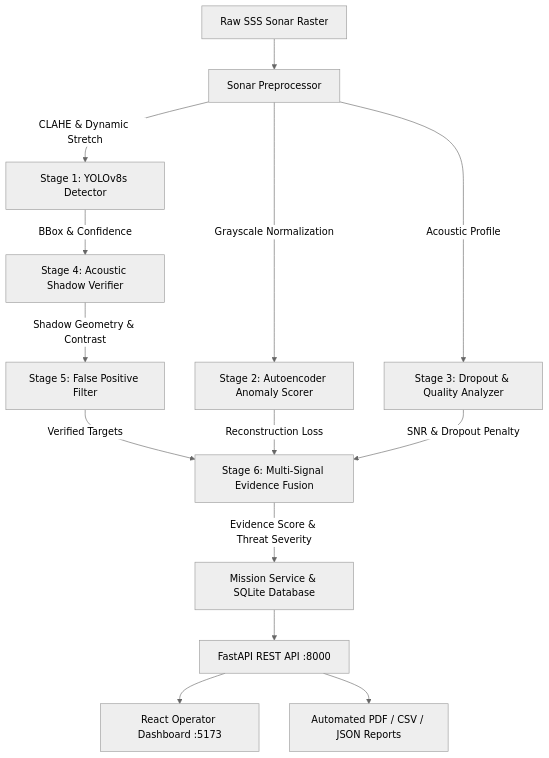
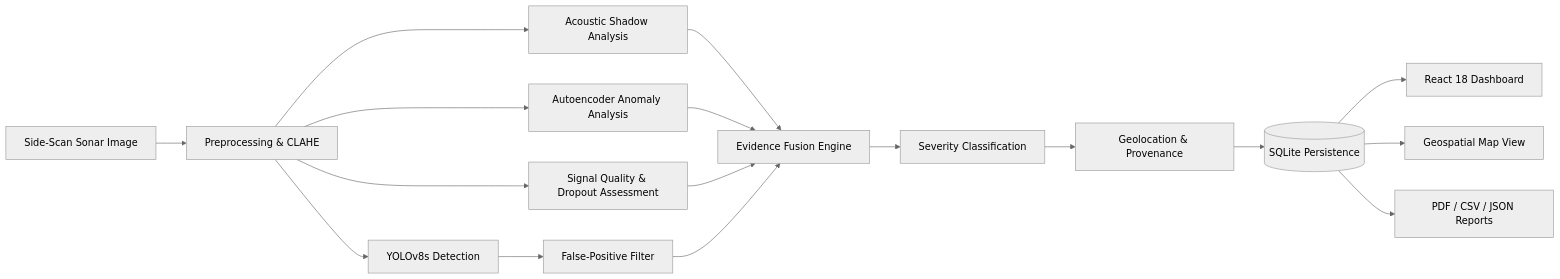
The diagram in README.md (vineeth29/SIH26057-Marine-Anomaly-Intelligence), drawn with Mermaid (neutral theme) before and after one commit. The commit also changed other lines of this file, not shown here.

Commit message:
docs: finalize authoritative professional GitHub README with real evaluation figures and architecture

````diff
--- a/README.md
+++ b/README.md
@@ -25,19 +60,19 @@
 ```mermaid
-flowchart TD
-    A[Raw SSS Sonar Raster] --> B[Sonar Preprocessor]
-    B -->|CLAHE & Dynamic Stretch| C[Stage 1: YOLOv8s Detector]
-    B -->|Grayscale Normalization| D[Stage 2: Autoencoder Anomaly Scorer]
-    B -->|Acoustic Profile| E[Stage 3: Dropout & Quality Analyzer]
-    
-    C -->|BBox & Confidence| F[Stage 4: Acoustic Shadow Verifier]
-    F -->|Shadow Geometry & Contrast| G[Stage 5: False Positive Filter]
-    
-    G -->|Verified Targets| H[Stage 6: Multi-Signal Evidence Fusion]
-    D -->|Reconstruction Loss| H
-    E -->|SNR & Dropout Penalty| H
-    
-    H -->|Evidence Score & Threat Severity| I[Mission Service & SQLite Database]
-    I --> J[FastAPI REST API :8000]
-    J --> K[React Operator Dashboard :5173]
-    J --> L[Automated PDF / CSV / JSON Reports]
+flowchart LR
+    A[Side-Scan Sonar Image] --> B[Preprocessing & CLAHE]
+    B --> C[YOLOv8s Detection]
+    B --> D[Acoustic Shadow Analysis]
+    B --> E[Autoencoder Anomaly Analysis]
+    B --> F[Signal Quality & Dropout Assessment]
+    C --> G[False-Positive Filter]
+    D --> H[Evidence Fusion Engine]
+    E --> H
+    F --> H
+    G --> H
+    H --> I[Severity Classification]
+    I --> J[Geolocation & Provenance]
+    J --> K[(SQLite Persistence)]
+    K --> L[React 18 Dashboard]
+    K --> M[Geospatial Map View]
+    K --> N[PDF / CSV / JSON Reports]
 ```
````
